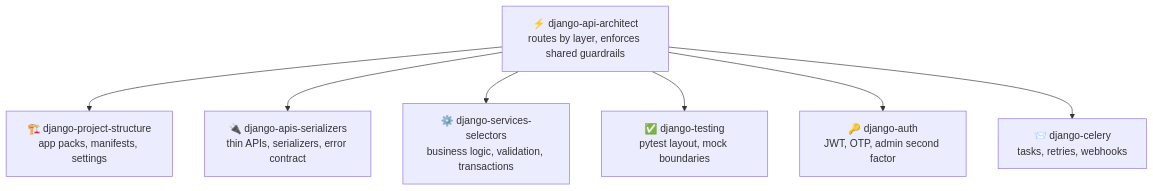
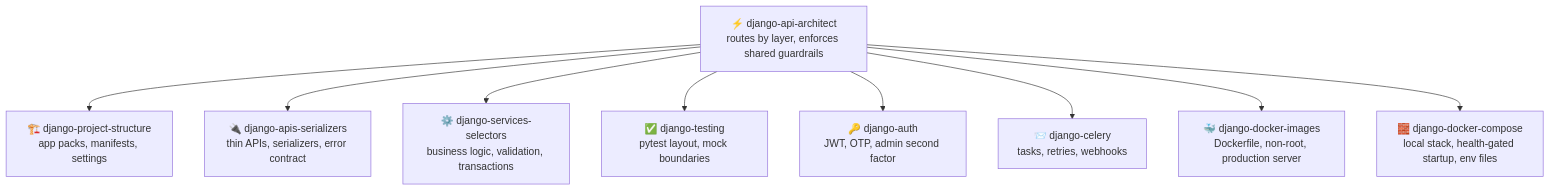
One commit to KinwiseNZ-DevOps/django-api-architect changed the diagram in README.md. Above: the diagram before and after it, drawn with Mermaid. The commit also changed other lines of this file and 16 other files, not shown here.

First line of the commit message:
feat: add Docker image and Compose skills

````diff
--- a/README.md
+++ b/README.md
@@ -74,10 +76,12 @@
 ```mermaid
 flowchart TD
     R["⚡ django-api-architect<br/>routes by layer, enforces shared guardrails"]
     R --> A["🏗️ django-project-structure<br/>app packs, manifests, settings"]
     R --> C["🔌 django-apis-serializers<br/>thin APIs, serializers, error contract"]
     R --> S["⚙️ django-services-selectors<br/>business logic, validation, transactions"]
     R --> T["✅ django-testing<br/>pytest layout, mock boundaries"]
     R --> A2["🔑 django-auth<br/>JWT, OTP, admin second factor"]
     R --> K["📨 django-celery<br/>tasks, retries, webhooks"]
+    R --> D1["🐳 django-docker-images<br/>Dockerfile, non-root, production server"]
+    R --> D2["🧱 django-docker-compose<br/>local stack, health-gated startup, env files"]
 ```
````
